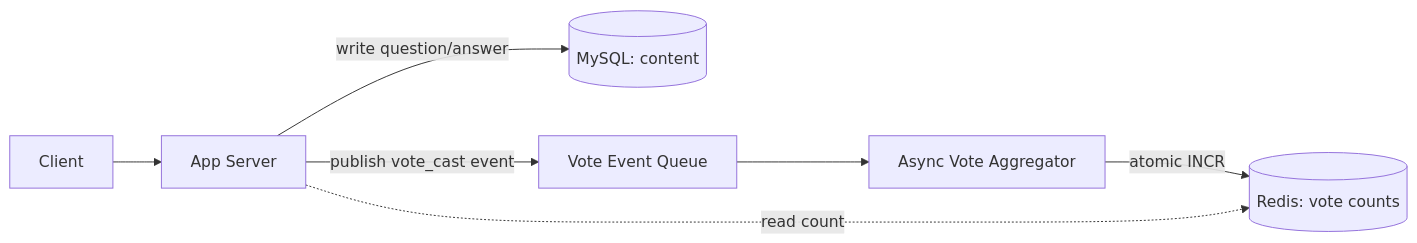
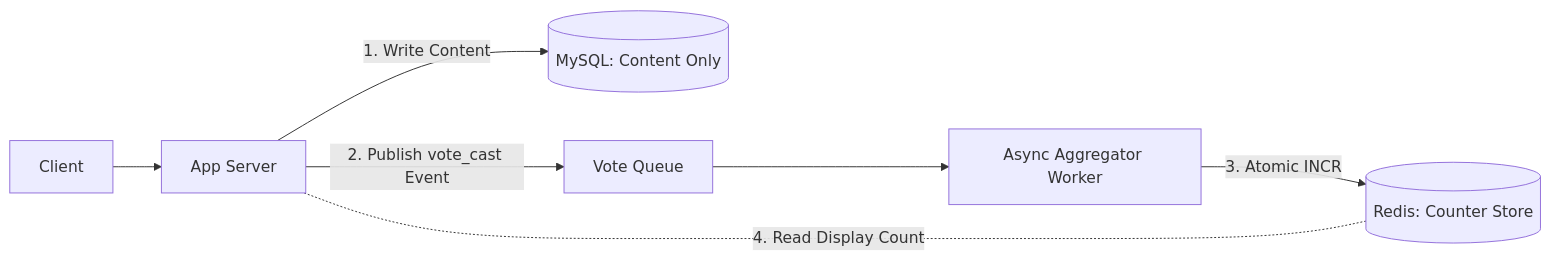
One commit to riyaz-pasha/Learnings changed the fifth of 18 diagrams in system-design/HLD/0-course/27-Design Quora-FAANG-Guide.md. Above: the diagram before and after it, drawn with Mermaid. The commit also changed other lines of this file and 1 other file, not shown here.

Commit message:
docs: simplify language, expand examples, and fix mermaid diagrams in Quora guide

````diff
--- a/system-design/HLD/0-course/27-Design Quora-FAANG-Guide.md
+++ b/system-design/HLD/0-course/27-Design Quora-FAANG-Guide.md
@@ -272,9 +336,9 @@
 ```mermaid
 flowchart LR
-    Client[Client] --> App[App Server]
-    App -->|write question/answer| DB[(MySQL: content)]
-    App -->|publish vote_cast event| Queue[Vote Event Queue]
-    Queue --> Agg[Async Vote Aggregator]
-    Agg -->|atomic INCR| Cache[(Redis: vote counts)]
-    App -.->|read count| Cache
+    Client["Client"] --> App["App Server"]
+    App -->|"1. Write Content"| DB[("MySQL: Content Only")]
+    App -->|"2. Publish vote_cast Event"| Queue["Vote Queue"]
+    Queue --> Agg["Async Aggregator Worker"]
+    Agg -->|"3. Atomic INCR"| Cache[("Redis: Counter Store")]
+    App -.-|"4. Read Display Count"| Cache
 ```
````
